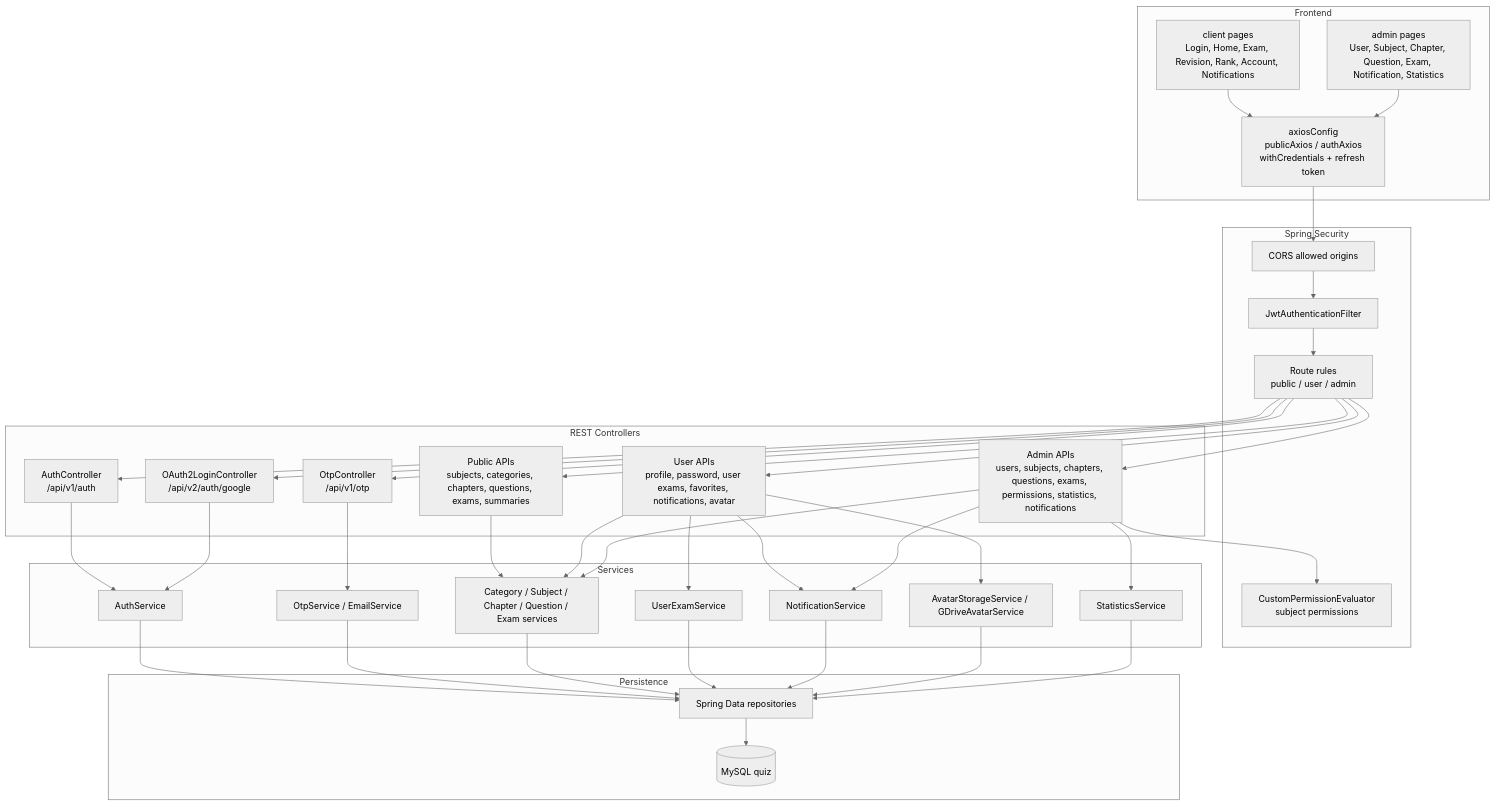
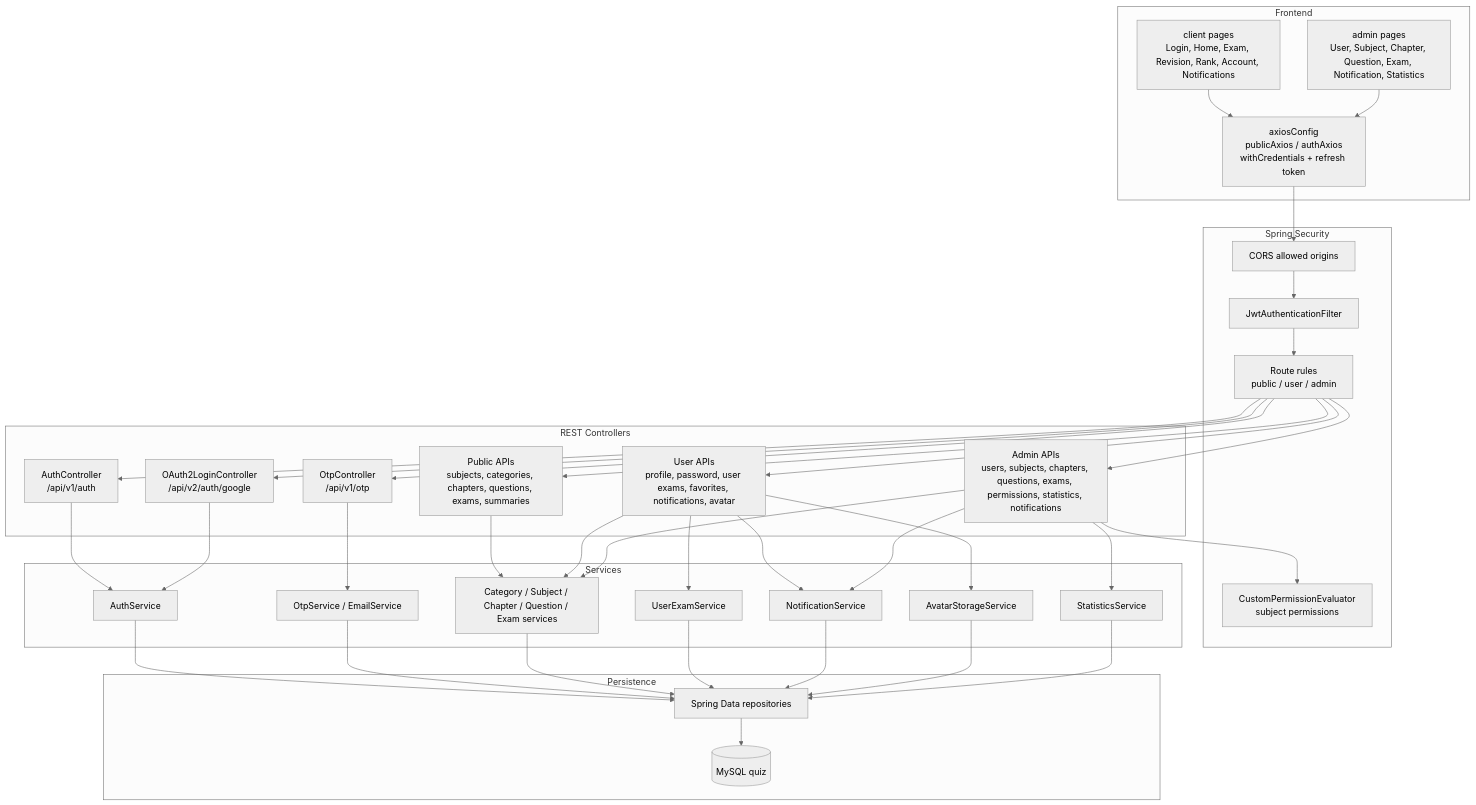
One commit to daidoan1608/quiz changed the second of 16 diagrams in SYSTEM_GRAPH.md. Above: the diagram before and after it, drawn with Mermaid (neutral theme). The commit also changed other lines of this file and 84 other files, not shown here.

````diff
--- a/SYSTEM_GRAPH.md
+++ b/SYSTEM_GRAPH.md
@@ -42,73 +42,73 @@
 ```mermaid
 flowchart TB
     subgraph Frontend["Frontend"]
         ClientPages["client pages\nLogin, Home, Exam, Revision, Rank, Account, Notifications"]
         AdminPages["admin pages\nUser, Subject, Chapter, Question, Exam, Notification, Statistics"]
         Axios["axiosConfig\npublicAxios / authAxios\nwithCredentials + refresh token"]
     end
 
     subgraph Security["Spring Security"]
         Cors["CORS allowed origins"]
         JwtFilter["JwtAuthenticationFilter"]
         RouteGuard["Route rules\npublic / user / admin"]
         Permission["CustomPermissionEvaluator\nsubject permissions"]
     end
 
     subgraph Controllers["REST Controllers"]
         AuthCtl["AuthController\n/api/v1/auth"]
         OtpCtl["OtpController\n/api/v1/otp"]
         PublicCtl["Public APIs\nsubjects, categories, chapters, questions, exams, summaries"]
         UserCtl["User APIs\nprofile, password, user exams, favorites, notifications, avatar"]
         AdminCtl["Admin APIs\nusers, subjects, chapters, questions, exams, permissions, statistics, notifications"]
         OAuthCtl["OAuth2LoginController\n/api/v2/auth/google"]
     end
 
     subgraph Services["Services"]
         AuthSvc["AuthService"]
         OtpSvc["OtpService / EmailService"]
         QuizSvc["Category / Subject / Chapter / Question / Exam services"]
         UserExamSvc["UserExamService"]
         NotifySvc["NotificationService"]
-        AvatarSvc["AvatarStorageService / GDriveAvatarService"]
+        AvatarSvc["AvatarStorageService"]
         StatsSvc["StatisticsService"]
     end
 
     subgraph Persistence["Persistence"]
         Repos["Spring Data repositories"]
         DB[("MySQL quiz")]
     end
 
     ClientPages --> Axios
     AdminPages --> Axios
     Axios --> Cors
     Cors --> JwtFilter
     JwtFilter --> RouteGuard
     RouteGuard --> AuthCtl
     RouteGuard --> OtpCtl
     RouteGuard --> PublicCtl
     RouteGuard --> UserCtl
     RouteGuard --> AdminCtl
     RouteGuard --> OAuthCtl
     AdminCtl --> Permission
 
     AuthCtl --> AuthSvc
     OtpCtl --> OtpSvc
     PublicCtl --> QuizSvc
     UserCtl --> QuizSvc
     UserCtl --> UserExamSvc
     UserCtl --> NotifySvc
     UserCtl --> AvatarSvc
     AdminCtl --> QuizSvc
     AdminCtl --> StatsSvc
     AdminCtl --> NotifySvc
     OAuthCtl --> AuthSvc
 
     AuthSvc --> Repos
     OtpSvc --> Repos
     QuizSvc --> Repos
     UserExamSvc --> Repos
     NotifySvc --> Repos
     AvatarSvc --> Repos
     StatsSvc --> Repos
     Repos --> DB
 ```
````
